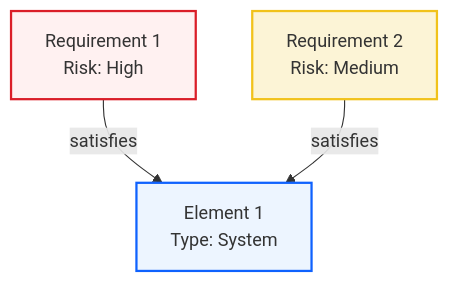
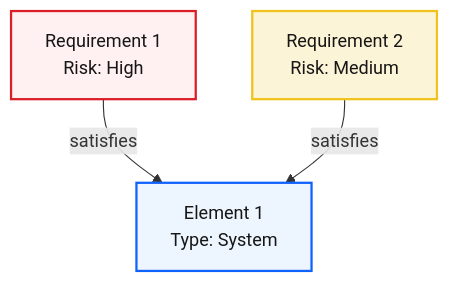
One commit to zhiweio/mermaid-illustrate changed the fifth of 5 diagrams in examples/requirement.md. Above: the diagram before and after it, drawn with Mermaid. The commit also changed 22 other files, not shown here.

````diff
--- a/examples/requirement.md
+++ b/examples/requirement.md
@@ -169,17 +169,17 @@
 ```mermaid
 flowchart TD
     R1[Requirement 1<br>Risk: High]
     R2[Requirement 2<br>Risk: Medium]
     E1[Element 1<br>Type: System]
 
     R1 -->|satisfies| E1
     R2 -->|satisfies| E1
 
-    classDef bpError fill:#fff1f1,stroke:#da1e28,stroke-width:2px
-    classDef bpWarning fill:#fcf4d6,stroke:#f1c21b,stroke-width:2px
-    classDef bpProcess fill:#edf5ff,stroke:#0f62fe,stroke-width:2px
+    classDef bpError fill:#fff1f1,stroke:#da1e28,stroke-width:2px,color:#161616
+    classDef bpWarning fill:#fcf4d6,stroke:#f1c21b,stroke-width:2px,color:#161616
+    classDef bpProcess fill:#edf5ff,stroke:#0f62fe,stroke-width:2px,color:#161616
 
     class R1 bpError
     class R2 bpWarning
     class E1 bpProcess
 ```
````
